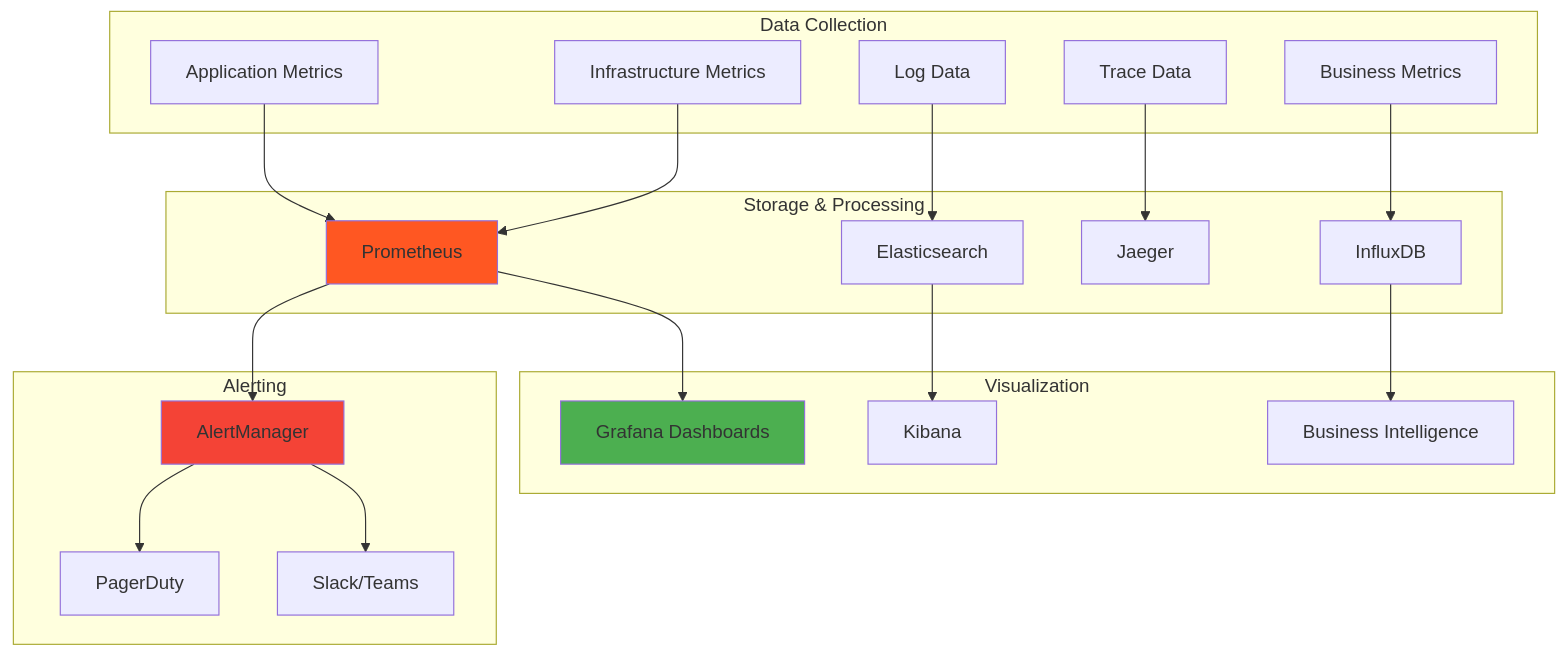
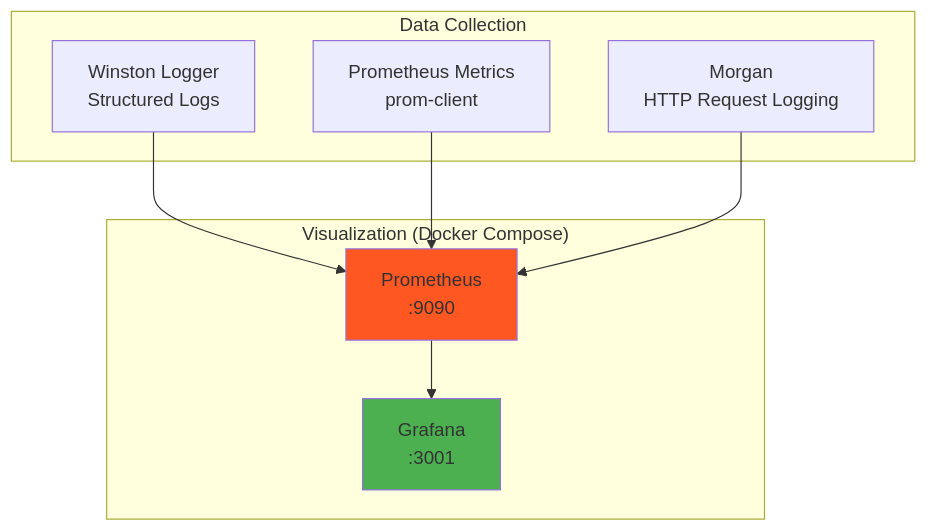
One commit to rodaquino-OMNI/Coordenacao-Cuidado-Enterprise changed the eighth of 8 diagrams in docs/architecture_diagrams.md. Above: the diagram before and after it, drawn with Mermaid. The commit also changed other lines of this file and 14 other files, not shown here.

Commit message:
wave-4: documentation & ADRs — architecture v2.0 (honest), 6 ADRs, OpenAPI 3.0 (36 endpoints), operations runbook, developer guide, PROJECT_STATUS.md, final compliance review

````diff
--- a/docs/architecture_diagrams.md
+++ b/docs/architecture_diagrams.md
@@ -427,47 +303,22 @@
 ```mermaid
 graph TB
     subgraph "Data Collection"
-        A[Application Metrics]
-        B[Infrastructure Metrics]
-        C[Business Metrics]
-        D[Log Data]
-        E[Trace Data]
+        A[Winston Logger<br/>Structured Logs]
+        B[Prometheus Metrics<br/>prom-client]
+        C[Morgan<br/>HTTP Request Logging]
     end
 
-    subgraph "Storage & Processing"
-        F[Prometheus]
-        G[Elasticsearch]
-        H[Jaeger]
-        I[InfluxDB]
+    subgraph "Visualization (Docker Compose)"
+        D[Prometheus<br/>:9090]
+        E[Grafana<br/>:3001]
     end
 
-    subgraph "Visualization"
-        J[Grafana Dashboards]
-        K[Kibana]
-        L[Business Intelligence]
-    end
+    A --> D
+    B --> D
+    C --> D
 
-    subgraph "Alerting"
-        M[AlertManager]
-        N[PagerDuty]
-        O[Slack/Teams]
-    end
+    D --> E
 
-    A --> F
-    B --> F
-    C --> I
-    D --> G
-    E --> H
-
-    F --> J
-    G --> K
-    I --> L
-
-    F --> M
-    M --> N
-    M --> O
-
-    style F fill:#ff5722
-    style J fill:#4caf50
-    style M fill:#f44336
+    style D fill:#ff5722
+    style E fill:#4caf50
 ```
````
